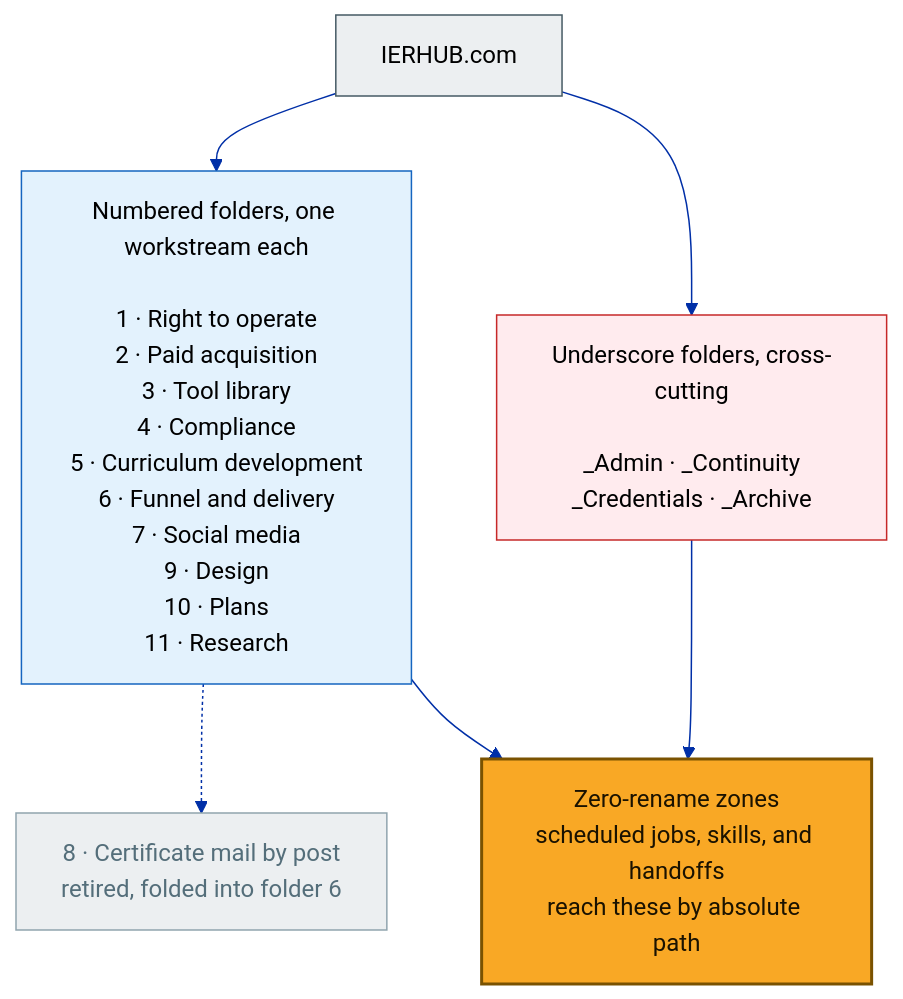
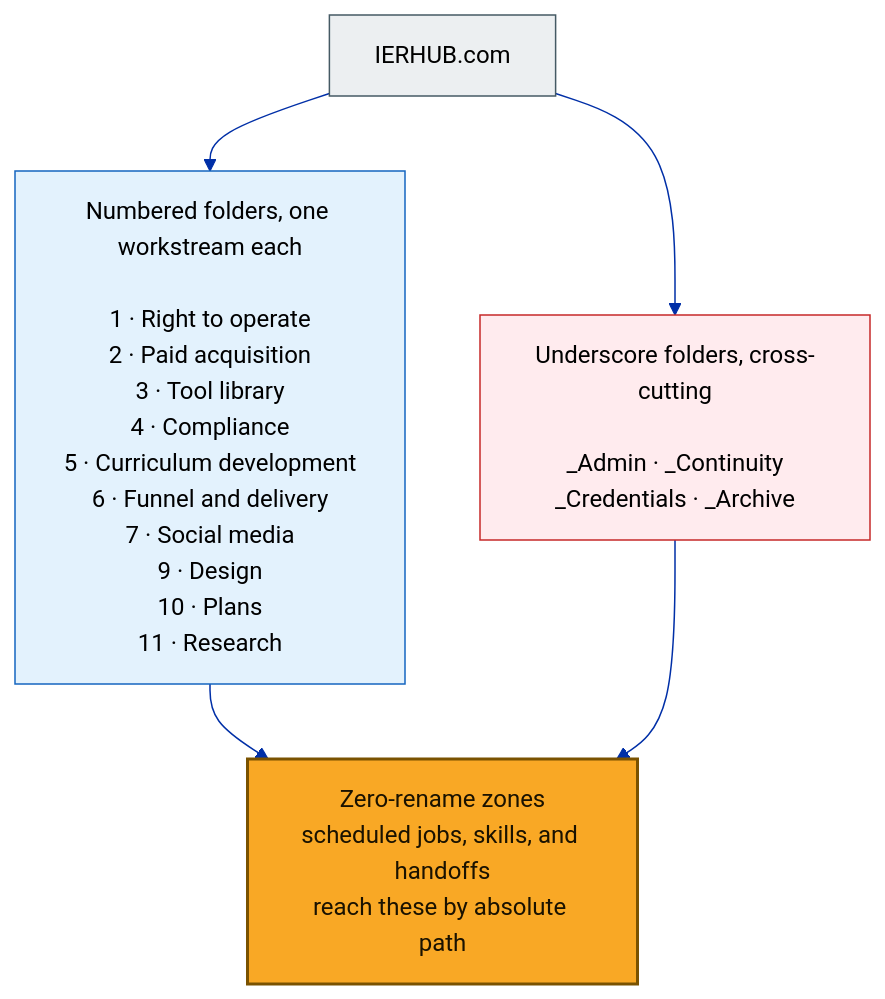
The diagram in diagrams/op-folders.mmd (mmentzerhernandez/global_experience), drawn with Mermaid before and after one commit. The commit also changed 8 other files, not shown here.

First line of the commit message:
content: new plans lifecycle and email-routing diagrams, main not master

```diff
--- a/diagrams/op-folders.mmd
+++ b/diagrams/op-folders.mmd
@@ -1,32 +1,29 @@
 ---
 config:
   theme: base
   themeVariables:
     primaryColor: "#f0f3ff"
     primaryBorderColor: "#002fa7"
     primaryTextColor: "#2c3e50"
     lineColor: "#002fa7"
     fontFamily: "-apple-system,BlinkMacSystemFont,Segoe UI,Roboto,sans-serif"
 ---
 flowchart TD
     ROOT["IERHUB.com"]:::people
 
     NUM["Numbered folders, one workstream each<br/><br/>1 · Right to operate<br/>2 · Paid acquisition<br/>3 · Tool library<br/>4 · Compliance<br/>5 · Curriculum development<br/>6 · Funnel and delivery<br/>7 · Social media<br/>9 · Design<br/>10 · Plans<br/>11 · Research"]:::access
 
     UND["Underscore folders, cross-cutting<br/><br/>_Admin · _Continuity<br/>_Credentials · _Archive"]:::report
 
-    RET["8 · Certificate mail by post<br/>retired, folded into folder 6"]:::retired
 
     ZERO["Zero-rename zones<br/>scheduled jobs, skills, and handoffs<br/>reach these by absolute path"]:::gate
 
     ROOT --> NUM
     ROOT --> UND
-    NUM -.-> RET
     NUM --> ZERO
     UND --> ZERO
 
     classDef people fill:#ECEFF1,stroke:#455A64,color:#000000
     classDef access fill:#E3F2FD,stroke:#1565C0,color:#000000
     classDef report fill:#FFEBEE,stroke:#C62828,color:#000000
-    classDef retired fill:#ECEFF1,stroke:#90A4AE,color:#546E7A
     classDef gate fill:#F9A825,stroke:#7A5200,color:#1A1200,stroke-width:2px
```
